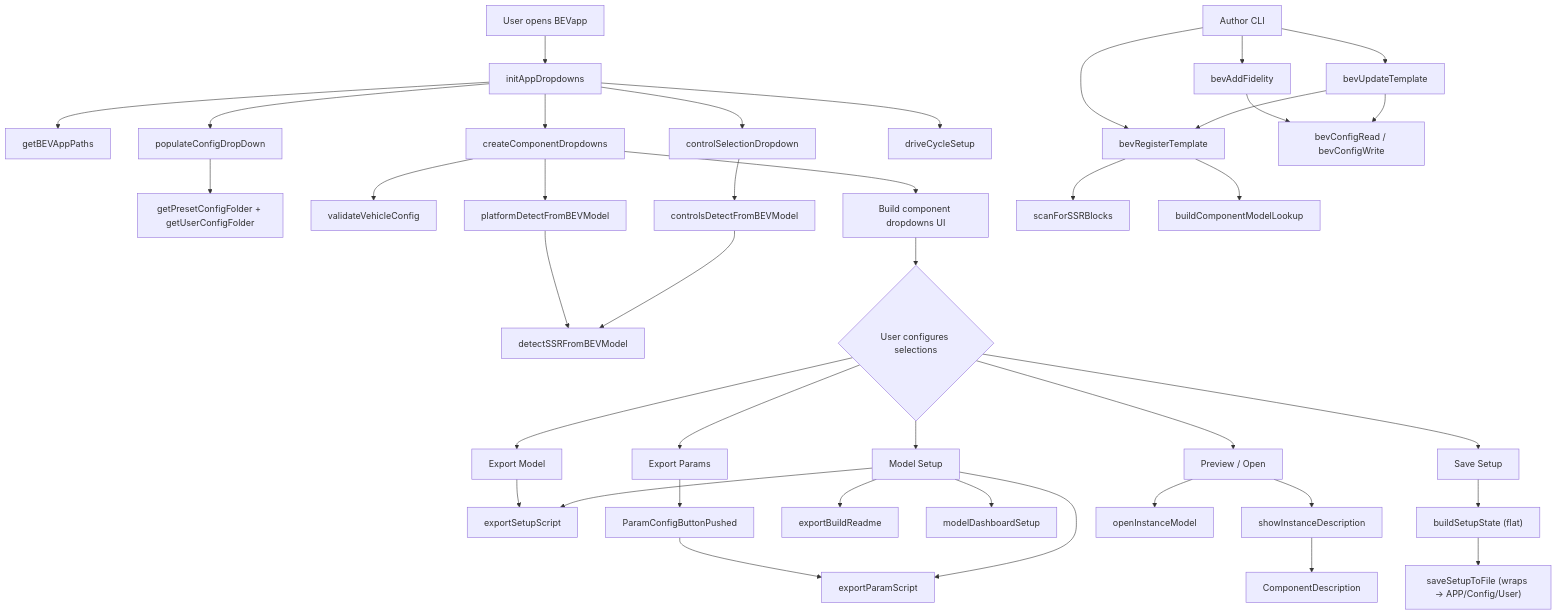
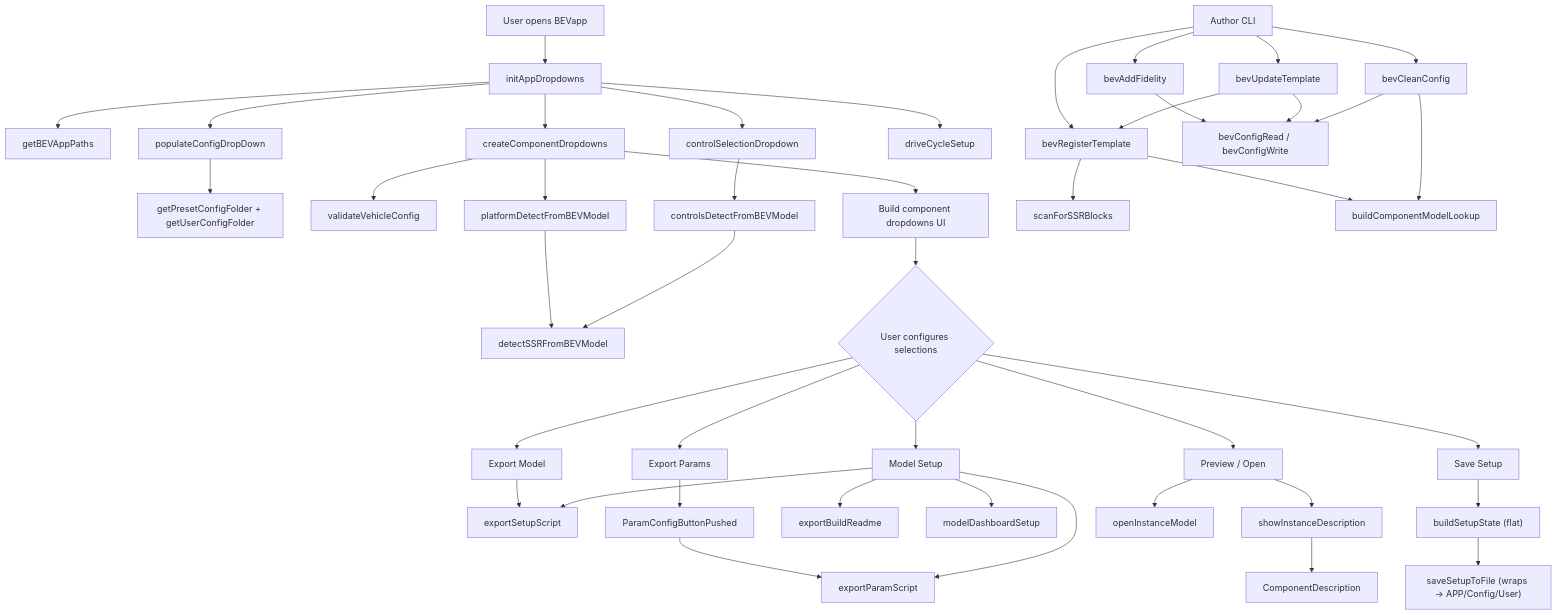
Before and after one commit to simscape/Electric-Vehicle-Simscape: the diagram in APP/API/README.md, drawn with Mermaid. The commit also changed other lines of this file and 24 other files, not shown here.

````diff
--- a/APP/API/README.md
+++ b/APP/API/README.md
@@ -111,50 +112,53 @@
 ```mermaid
 flowchart TD
     A[User opens BEVapp] --> B[initAppDropdowns]
     B --> B1[getBEVAppPaths]
     B --> B2[populateConfigDropDown]
     B2 --> B3[getPresetConfigFolder + getUserConfigFolder]
 
     B --> C[createComponentDropdowns]
     C --> D[validateVehicleConfig]
     C --> E[platformDetectFromBEVModel]
     E --> F[detectSSRFromBEVModel]
     C --> G[Build component dropdowns UI]
 
     B --> H[controlSelectionDropdown]
     H --> I[controlsDetectFromBEVModel]
     I --> F
 
     B --> J[driveCycleSetup]
 
     G --> K{User configures selections}
     K --> L[Export Model]
     K --> M[Export Params]
     K --> N[Model Setup]
 
     L --> O[exportSetupScript]
     M --> P[ParamConfigButtonPushed]
     P --> Q[exportParamScript]
     N --> O
     N --> Q
     N --> NR[exportBuildReadme]
     N --> R[modelDashboardSetup]
 
     K --> S["Preview / Open"]
     S --> T[showInstanceDescription]
     S --> U[openInstanceModel]
     T --> V[ComponentDescription]
 
     K --> W[Save Setup]
     W --> X["buildSetupState (flat)"]
     X --> Y["saveSetupToFile (wraps → APP/Config/User)"]
 
     Z[Author CLI] --> Z1[bevRegisterTemplate]
     Z1 --> Z2[scanForSSRBlocks]
     Z1 --> Z3[buildComponentModelLookup]
     Z --> Z4[bevAddFidelity]
     Z --> Z5[bevUpdateTemplate]
+    Z --> Z7[bevCleanConfig]
     Z5 --> Z1
     Z4 --> Z6[bevConfigRead / bevConfigWrite]
     Z5 --> Z6
+    Z7 --> Z3
+    Z7 --> Z6
 ```
````
